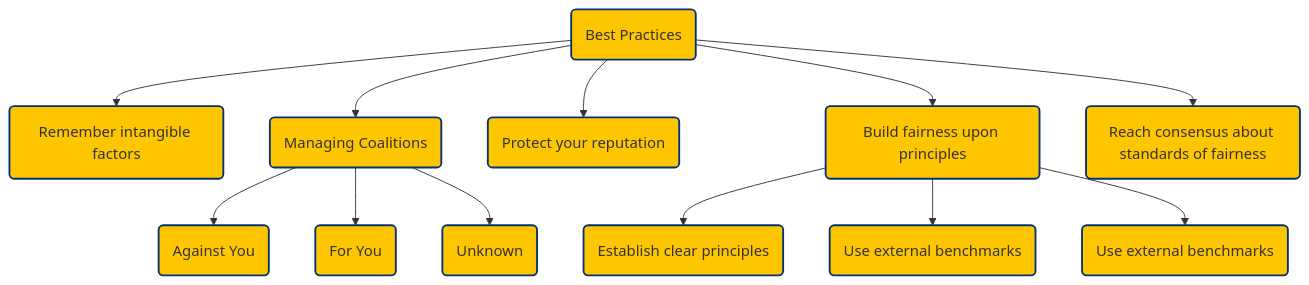
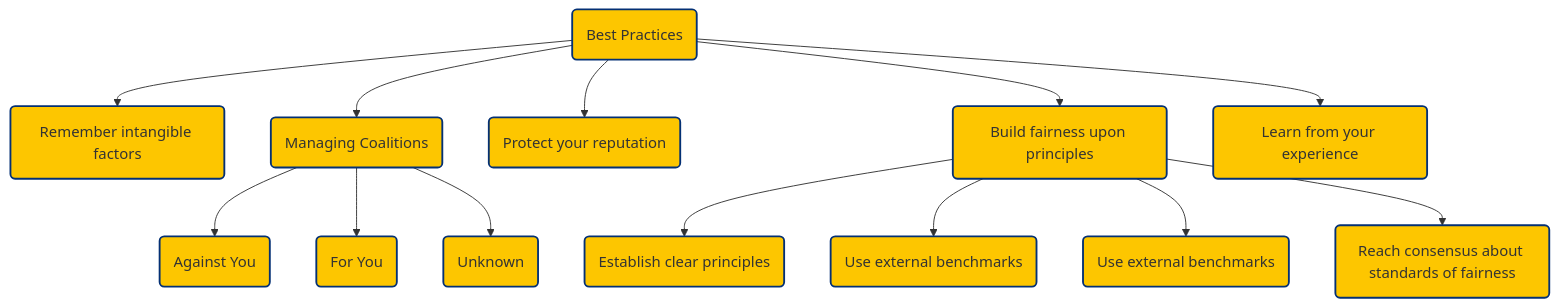
The second of 3 diagrams in 009_best_practices_html.qmd (luifrancgom/conflict_neg), drawn with Mermaid before and after one commit. The commit also changed other lines of this file and 1 other file, not shown here.

Commit message:
fixing typo in purpose and diagram about best practices

````diff
--- a/009_best_practices_html.qmd
+++ b/009_best_practices_html.qmd
@@ -294,20 +296,21 @@
 ```{mermaid}
 %%| label: fig-best-practices-for-negotiators-2
 %%| fig-cap: Best Practices for Negotiators [@lewicki_negociacion_2024, pp 557-565]
 
 flowchart TB
     A("Best Practices") --> A1("Remember intangible factors")
     A --> A2("Managing Coalitions")
     A2 --> A21("Against You")
     A2 --> A22("For You")
     A2 --> A23("Unknown")
     A --> A3("Protect your reputation")
     A --> A4("Build fairness upon principles")
     A4 --> A41("Establish clear principles")
     A4 --> A42("Use external benchmarks")
     A4 --> A43("Use external benchmarks")
-    A --> A5("Reach consensus about standards of fairness")
+    A4 --> A44("Reach consensus about standards of fairness")
+    A --> A5("Learn from your experience")
 
     classDef UmngNode fill:#fdc600,stroke:#043074,stroke-width:2px;
-    class A,A1,A2,A21,A22,A23,A3,A4,A41,A42,A43,A5 UmngNode;
+    class A,A1,A2,A21,A22,A23,A3,A4,A41,A42,A43,A44,A5 UmngNode;
 ```
````
